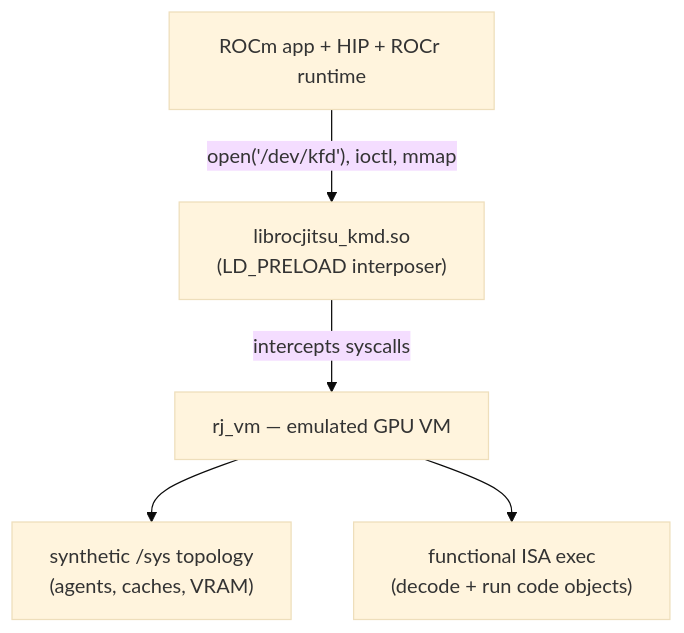
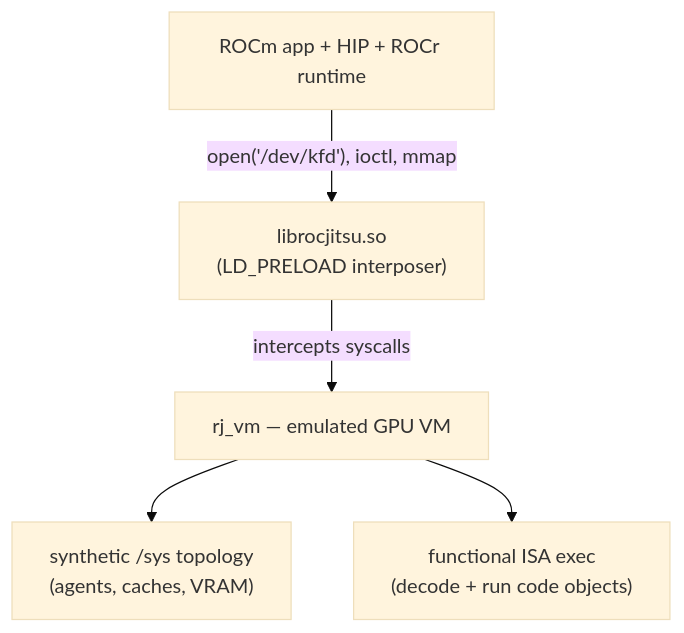
One commit to NautRobot/Eze-P changed the second of 15 diagrams in emulation/mirage/docs/demo-debugging-at-scale.md. Above: the diagram before and after it, drawn with Mermaid (base theme). The commit also changed other lines of this file and 26 other files, not shown here.

First line of the commit message:
feat(rocjitsu): merge kmd into librocjitsu.so (#7338)

````diff
--- a/emulation/mirage/docs/demo-debugging-at-scale.md
+++ b/emulation/mirage/docs/demo-debugging-at-scale.md
@@ -73,8 +73,8 @@
 ```mermaid
 flowchart TB
     APP["ROCm app + HIP + ROCr runtime"]
-    APP -->|"open('/dev/kfd'), ioctl, mmap"| KMD["librocjitsu_kmd.so<br/>(LD_PRELOAD interposer)"]
+    APP -->|"open('/dev/kfd'), ioctl, mmap"| KMD["librocjitsu.so<br/>(LD_PRELOAD interposer)"]
     KMD -->|"intercepts syscalls"| VM["rj_vm — emulated GPU VM"]
     VM --> TOPO["synthetic /sys topology<br/>(agents, caches, VRAM)"]
     VM --> EXEC["functional ISA exec<br/>(decode + run code objects)"]
 ```
````
